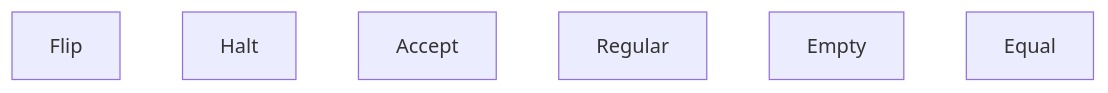
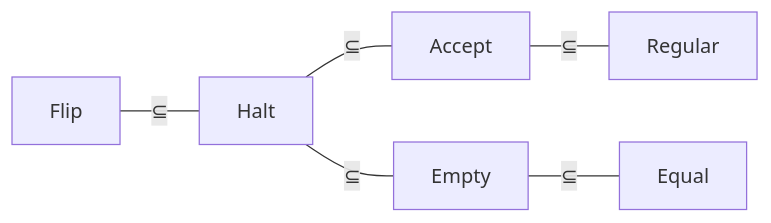
The diagram in Coursera/(4)计算理论基础/(5)复杂性理论.md (Invisiphantom/Mind-City), drawn with Mermaid before and after one commit. The commit also changed other lines of this file and 1 other file, not shown here.

````diff
--- a/Coursera/(4)计算理论基础/(5)复杂性理论.md
+++ b/Coursera/(4)计算理论基础/(5)复杂性理论.md
@@ -272,6 +263,12 @@
 ```mermaid
-graph BT
-    Flip[Flip]; halt[Halt];
-    Accept[Accept]; Regular[Regular];
-    Empty[Empty]; Equal[Equal];
+graph LR
+    Flip; Halt; 
+    Accept; Regular; 
+    Empty; Equal;
+
+    Flip --⊆--- Halt
+    Halt --⊆--- Accept
+    Halt --⊆--- Empty
+    Accept --⊆--- Regular
+    Empty --⊆--- Equal
 ```
````
